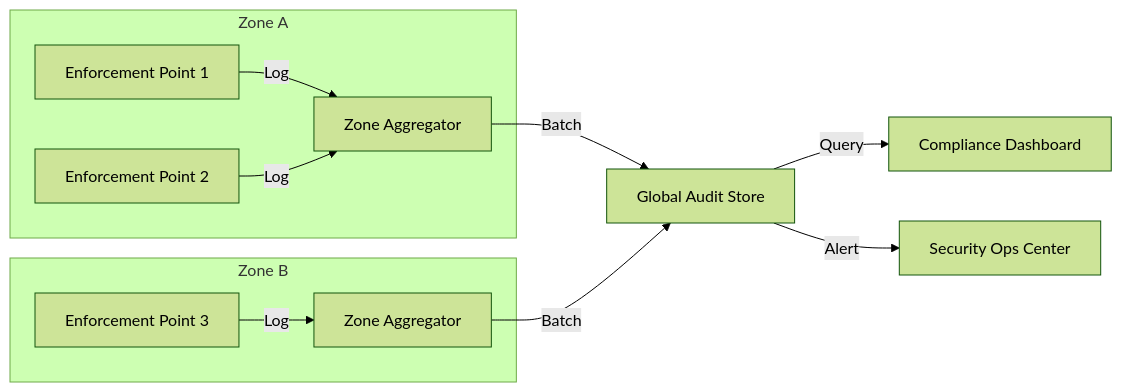
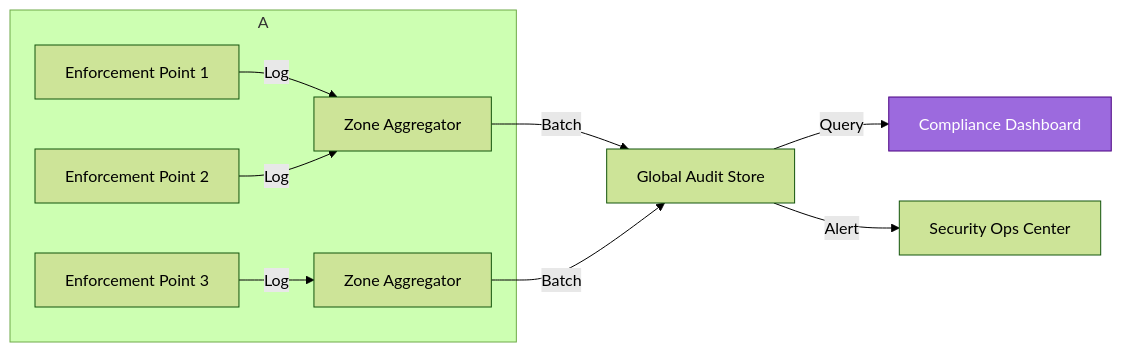
One commit to gchaitanyabharath9/omnigcloud changed the seventh of 11 diagrams in src/app/[locale]/research/papers/aecp/AECP-FULL.md. Above: the diagram before and after it, drawn with Mermaid (forest theme). The commit also changed other lines of this file and 40 other files, not shown here.

````diff
--- a/src/app/[locale]/research/papers/aecp/AECP-FULL.md
+++ b/src/app/[locale]/research/papers/aecp/AECP-FULL.md
@@ -405,17 +459,22 @@
 ```mermaid
 graph LR
-    subgraph "Zone A"
-        EP1[Enforcement Point 1] -->|Log| AggA[Zone Aggregator]
-        EP2[Enforcement Point 2] -->|Log| AggA
+    classDef Control fill:#4E79A7,stroke:#2C3E50,color:#fff;
+    classDef Data fill:#59A14F,stroke:#274E13,color:#fff;
+    classDef Policy fill:#9C6ADE,stroke:#4B0082,color:#fff;
+    classDef Obs fill:#F28E2B,stroke:#8B4513,color:#fff;
+    classDef Risk fill:#E15759,stroke:#7B241C,color:#fff;
+    classDef State fill:#76B7B2,stroke:#0E6251,color:#fff;
+    classDef Actor fill:#BAB0AC,stroke:#515A5A,color:#000;
+    subgraph Zone ["A"]
+    EP1["Enforcement Point 1"] -->|Log| AggA["Zone Aggregator"]
+    EP2["Enforcement Point 2"] -->|Log| AggA
     end
-    
-    subgraph "Zone B"
-        EP3[Enforcement Point 3] -->|Log| AggB[Zone Aggregator]
+    subgraph Zone ["B"]
+    EP3["Enforcement Point 3"] -->|Log| AggB["Zone Aggregator"]
     end
-    
-    AggA -->|Batch| Global[Global Audit Store]
+    AggA -->|Batch| Global["Global Audit Store"]
     AggB -->|Batch| Global
-    
-    Global -->|Query| Compliance[Compliance Dashboard]
-    Global -->|Alert| SOC[Security Ops Center]
+    Global -->|Query| Compliance["Compliance Dashboard"]
+    Global -->|Alert| SOC["Security Ops Center"]
+    class Compliance Policy;
 ```
````
